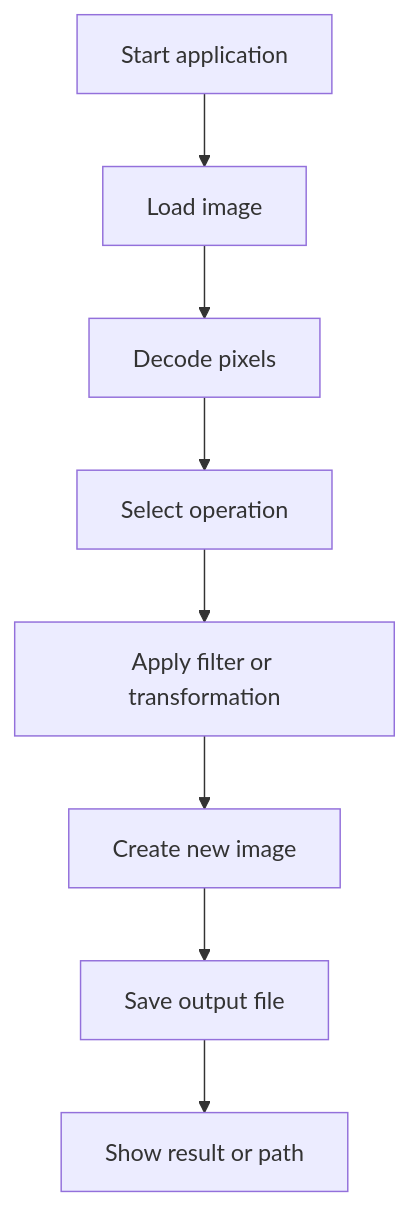
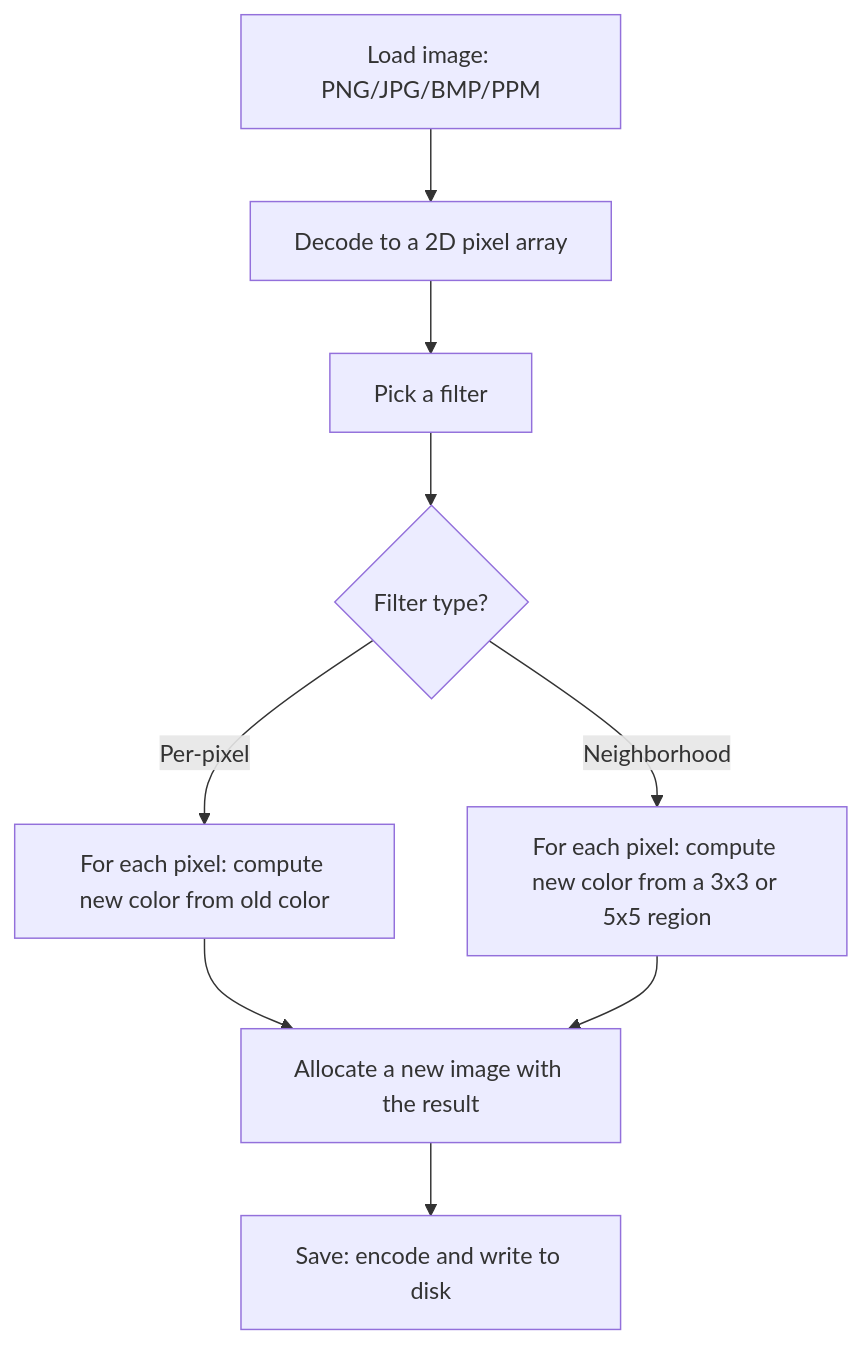
Before and after one commit to rmalkevy/Programming-Practice-Projects: the diagram in labs/lab-05-image-processor.md, drawn with Mermaid. The commit also changed other lines of this file and 2 other files, not shown here.

````diff
--- a/labs/lab-05-image-processor.md
+++ b/labs/lab-05-image-processor.md
@@ -38,10 +48,11 @@
 ```mermaid
 flowchart TD
-    A[Start application] --> B[Load image]
-    B --> C[Decode pixels]
-    C --> D[Select operation]
-    D --> E[Apply filter or transformation]
-    E --> F[Create new image]
-    F --> G[Save output file]
-    G --> H[Show result or path]
+    A[Load image: PNG/JPG/BMP/PPM] --> B[Decode to a 2D pixel array]
+    B --> C[Pick a filter]
+    C --> D{Filter type?}
+    D -- Per-pixel --> E[For each pixel: compute new color from old color]
+    D -- Neighborhood --> F[For each pixel: compute new color from a 3x3 or 5x5 region]
+    E --> G[Allocate a new image with the result]
+    F --> G
+    G --> H[Save: encode and write to disk]
 ```
````
